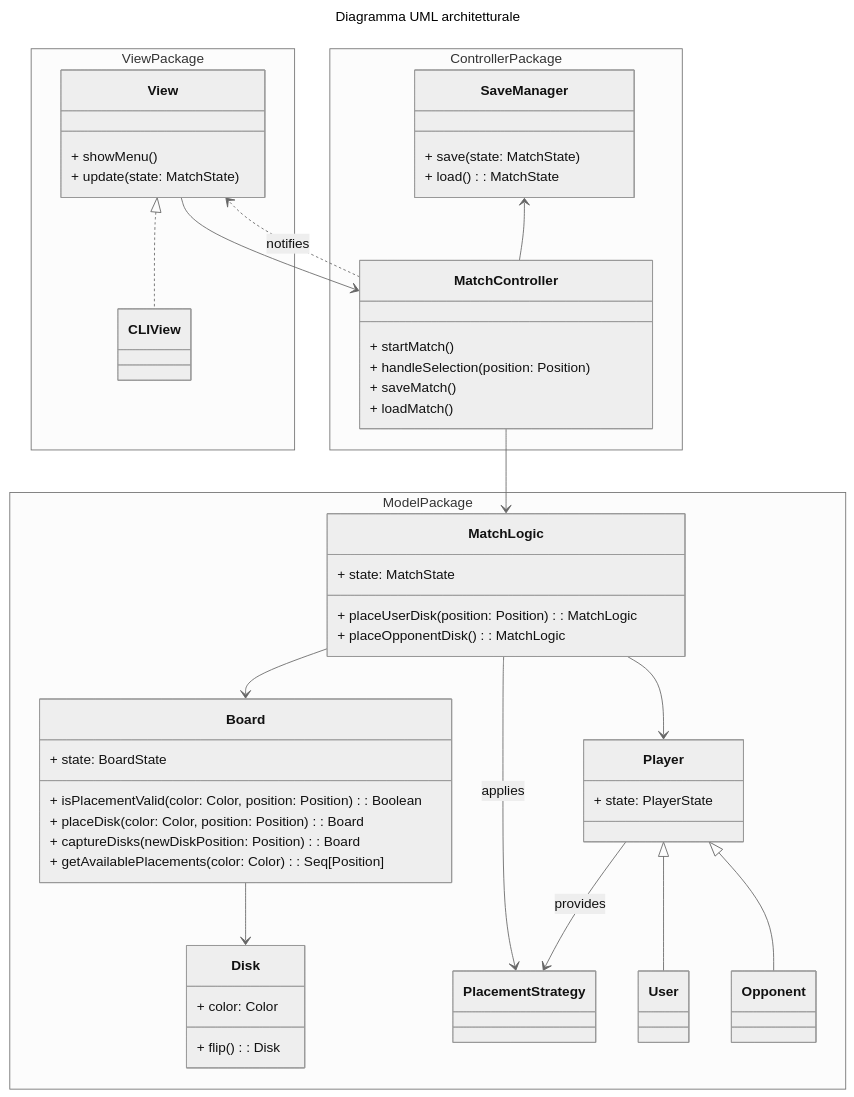
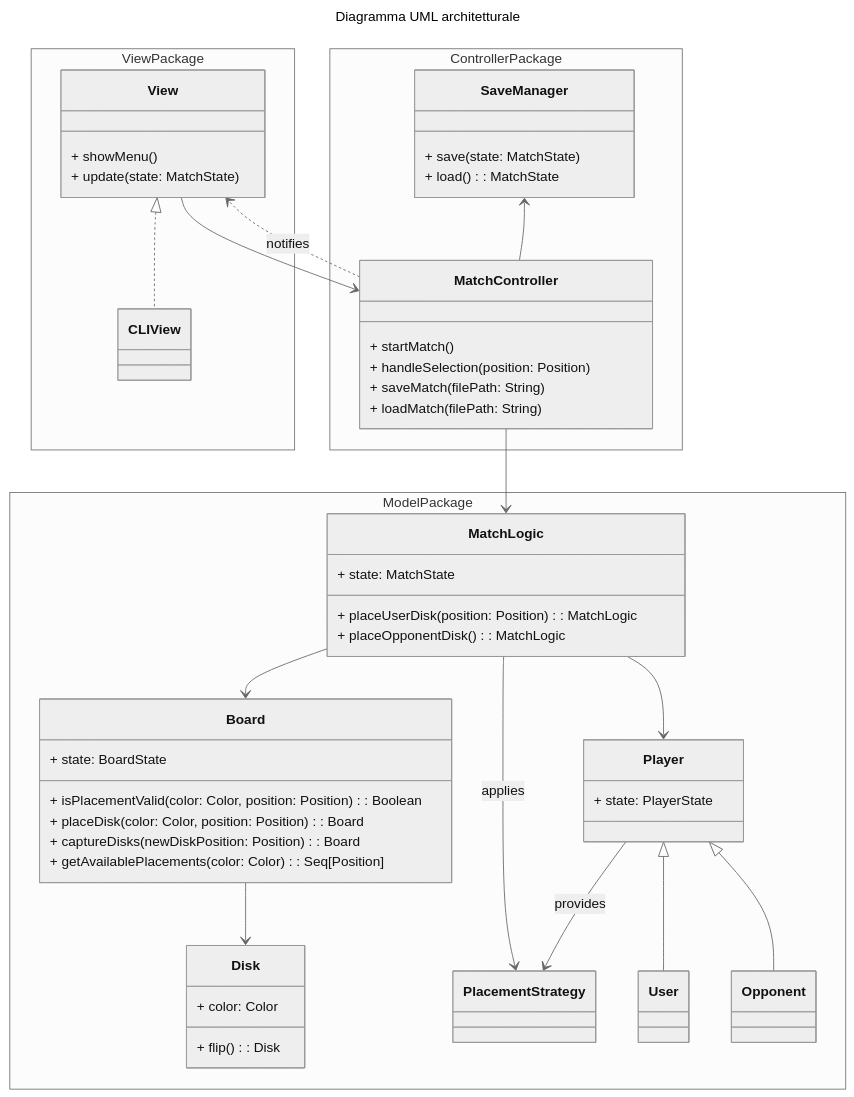
One commit to Borgotto/PPS-25-scalatello changed the first of 3 diagrams in docs/report/4-architectural-design.md. Above: the diagram before and after it, drawn with Mermaid (neutral theme). The commit also changed 1 other file, not shown here.

Commit message:
Refactor: MatchController design
- add parameter to saveMatch() and loadMatch()

````diff
--- a/docs/report/4-architectural-design.md
+++ b/docs/report/4-architectural-design.md
@@ -15,67 +15,67 @@
 ```mermaid
 ---
 title: Diagramma UML architetturale
 ---
 classDiagram
   namespace ViewPackage {
     class View {
       + showMenu()
       + update(state: MatchState)
     }
     class CLIView
   }
   namespace ControllerPackage {
     class MatchController {
       + startMatch()
       + handleSelection(position: Position)
-      + saveMatch()
-      + loadMatch()
+      + saveMatch(filePath: String)
+      + loadMatch(filePath: String)
     }
     class SaveManager {
       + save(state: MatchState)
       + load(): MatchState
     }
   }
   namespace ModelPackage {
     class MatchLogic {
       + state: MatchState
       + placeUserDisk(position: Position): MatchLogic
       + placeOpponentDisk(): MatchLogic
     }
     class Board {
       + state: BoardState
       + isPlacementValid(color: Color, position: Position): Boolean
       + placeDisk(color: Color, position: Position): Board
       + captureDisks(newDiskPosition: Position): Board
       + getAvailablePlacements(color: Color): Seq[Position]
     }
     class Disk {
       + color: Color
       + flip(): Disk
     }
     class Player {
       + state: PlayerState
     }
     class PlacementStrategy
     class User
     class Opponent
   }
 
     MatchLogic --> Board
     MatchLogic --> Player
     MatchLogic --> PlacementStrategy: applies
 
     Player <|-- User
     Player <|-- Opponent
 
     Player --> PlacementStrategy : provides
 
     Board --> Disk
 
     View --> MatchController
     MatchController ..> View : notifies
     MatchController --> MatchLogic
     SaveManager <-- MatchController
 
     View <|.. CLIView
 ```
````
